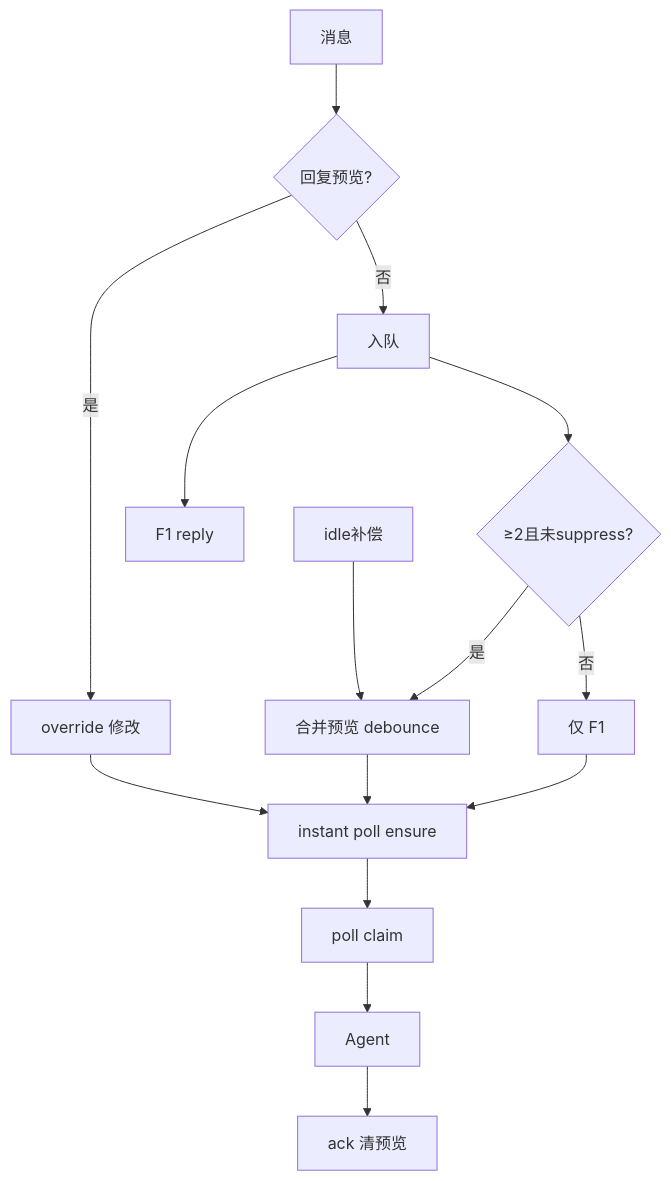
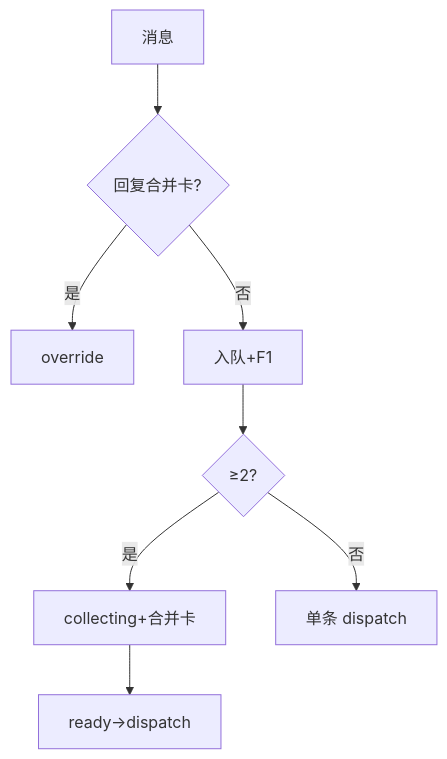
The second of 2 diagrams in knowledge/业务域/消息桥接/01-概览.md (lk-eternal/cursor-claw), drawn with Mermaid before and after one commit. The commit also changed other lines of this file and 33 other files, not shown here.

````diff
--- a/knowledge/业务域/消息桥接/01-概览.md
+++ b/knowledge/业务域/消息桥接/01-概览.md
@@ -29,17 +26,10 @@
 ```mermaid
 flowchart TD
-  IN[消息] --> F3{回复预览?}
-  F3 -->|是| MOD[override 修改]
-  F3 -->|否| ENQ[入队]
-  ENQ --> F1[F1 reply]
-  ENQ --> PRE{≥2且未suppress?}
-  PRE -->|是| MP[合并预览 debounce]
-  PRE -->|否| SKIP[仅 F1]
-  IDLE[idle补偿] --> MP
-  MP --> ENS[instant poll ensure]
-  SKIP --> ENS
-  MOD --> ENS
-  ENS --> POLL[poll claim]
-  POLL --> AG[Agent]
-  AG --> ACK[ack 清预览]
+  IN[消息] --> F3{回复合并卡?}
+  F3 -->|是| MOD[override]
+  F3 -->|否| ENQ[入队+F1]
+  ENQ --> MB{≥2?}
+  MB -->|是| COL[collecting+合并卡]
+  COL --> RDY[ready→dispatch]
+  MB -->|否| D1[单条 dispatch]
 ```
````
